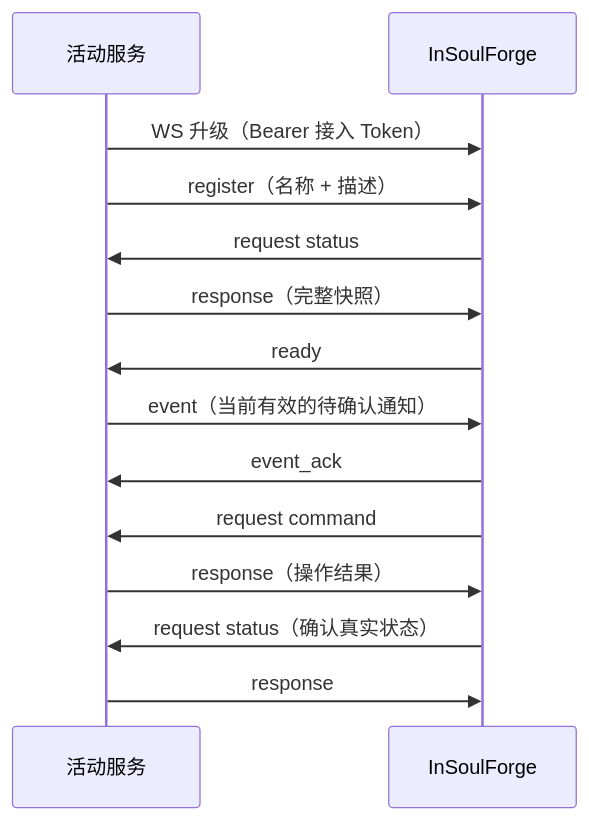
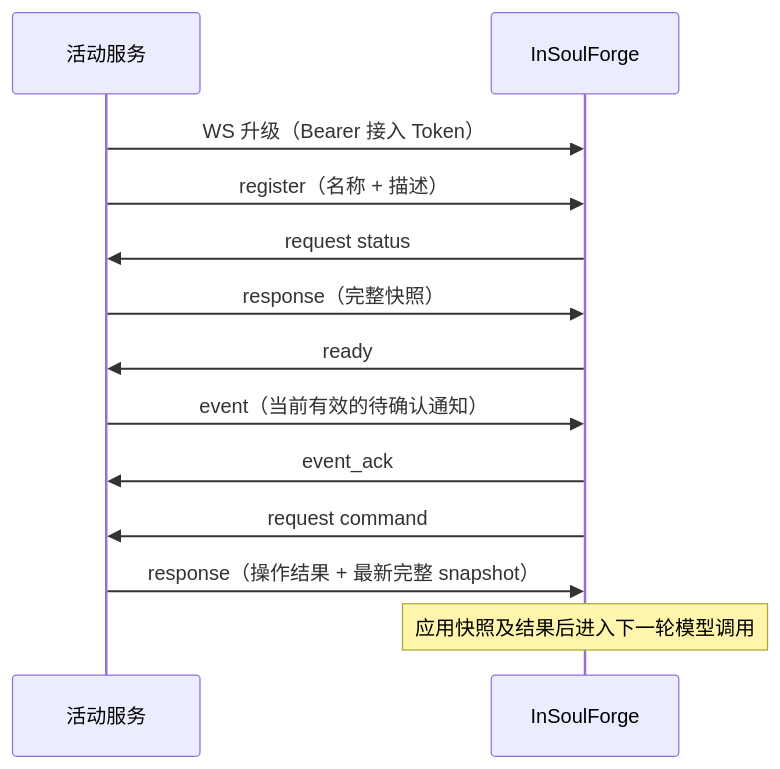
The diagram in docs/ACTIVITIES.md (DreamDonghao/insoulforge), drawn with Mermaid before and after one commit. The commit also changed other lines of this file and 10 other files, not shown here.

````diff
--- a/docs/ACTIVITIES.md
+++ b/docs/ACTIVITIES.md
@@ -184,16 +184,15 @@
 ```mermaid
 sequenceDiagram
     participant S as 活动服务
     participant M as InSoulForge
     S->>M: WS 升级（Bearer 接入 Token）
     S->>M: register（名称 + 描述）
     M->>S: request status
     S->>M: response（完整快照）
     M->>S: ready
     S->>M: event（当前有效的待确认通知）
     M->>S: event_ack
     M->>S: request command
-    S->>M: response（操作结果）
-    M->>S: request status（确认真实状态）
-    S->>M: response
+    S->>M: response（操作结果 + 最新完整 snapshot）
+    Note over M: 应用快照及结果后进入下一轮模型调用
 ```
````
